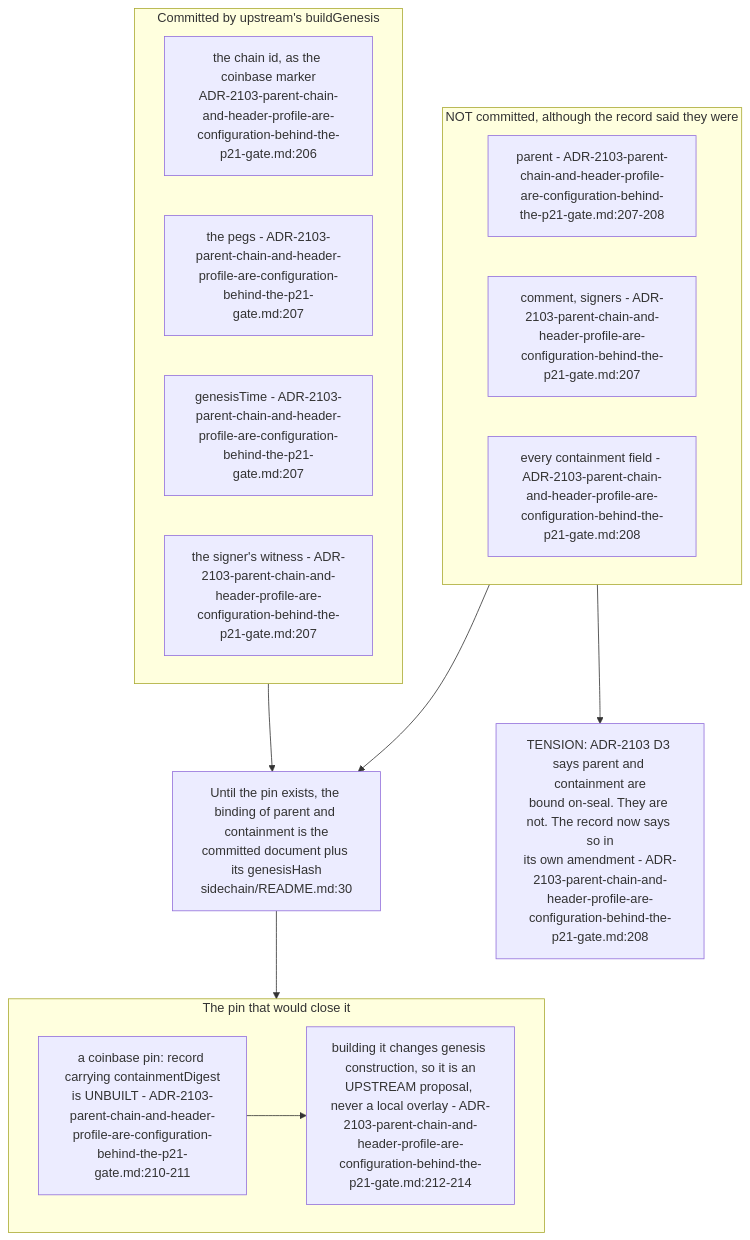
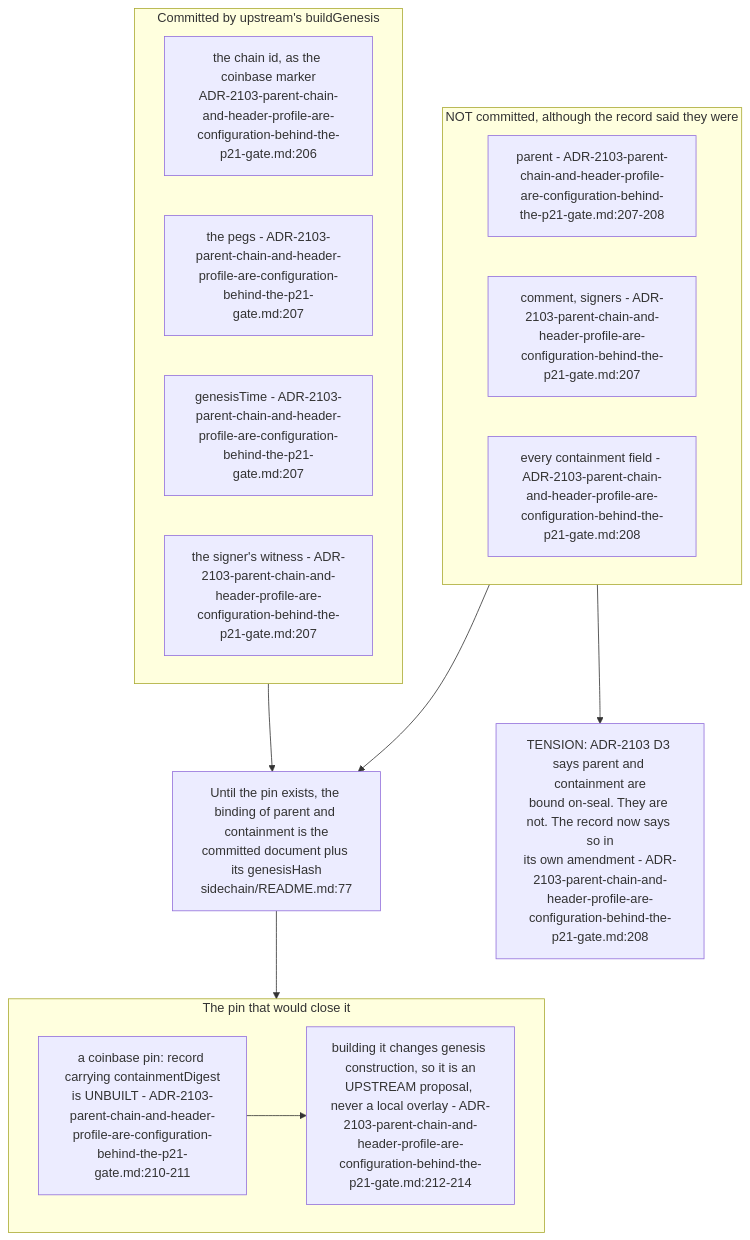
One commit to DreamLab-AI/VisionFlow changed the second of 5 diagrams in docs/diagrams/agentbox/32-sidechain-root-seal.md. Above: the diagram before and after it, drawn with Mermaid. The commit also changed other lines of this file and 111 other files, not shown here.

Commit message:
docs(diagrams): align estate maps with current source

````diff
--- a/docs/diagrams/agentbox/32-sidechain-root-seal.md
+++ b/docs/diagrams/agentbox/32-sidechain-root-seal.md
@@ -71,23 +74,23 @@
 ```mermaid
 flowchart TB
     subgraph committed["Committed by upstream's buildGenesis"]
         C1["the chain id, as the coinbase marker<br/>ADR-2103-parent-chain-and-header-profile-are-configuration-behind-the-p21-gate.md:206"]
         C2["the pegs - ADR-2103-parent-chain-and-header-profile-are-configuration-behind-the-p21-gate.md:207"]
         C3["genesisTime - ADR-2103-parent-chain-and-header-profile-are-configuration-behind-the-p21-gate.md:207"]
         C4["the signer's witness - ADR-2103-parent-chain-and-header-profile-are-configuration-behind-the-p21-gate.md:207"]
     end
     subgraph notcommitted["NOT committed, although the record said they were"]
         N1["parent - ADR-2103-parent-chain-and-header-profile-are-configuration-behind-the-p21-gate.md:207-208"]
         N2["comment, signers - ADR-2103-parent-chain-and-header-profile-are-configuration-behind-the-p21-gate.md:207"]
         N3["every containment field - ADR-2103-parent-chain-and-header-profile-are-configuration-behind-the-p21-gate.md:208"]
     end
     subgraph pin["The pin that would close it"]
         PIN["a coinbase pin: record carrying containmentDigest<br/>is UNBUILT - ADR-2103-parent-chain-and-header-profile-are-configuration-behind-the-p21-gate.md:210-211"]
         UP["building it changes genesis construction, so it is an<br/>UPSTREAM proposal, never a local overlay - ADR-2103-parent-chain-and-header-profile-are-configuration-behind-the-p21-gate.md:212-214"]
         PIN --> UP
     end
-    committed --> BIND["Until the pin exists, the binding of parent and containment is the<br/>committed document plus its genesisHash<br/>sidechain/README.md:30"]
+    committed --> BIND["Until the pin exists, the binding of parent and containment is the<br/>committed document plus its genesisHash<br/>sidechain/README.md:77"]
     notcommitted --> BIND
     BIND --> pin
     notcommitted --> TEN["TENSION: ADR-2103 D3 says parent and containment are<br/>bound on-seal. They are not. The record now says so in<br/>its own amendment - ADR-2103-parent-chain-and-header-profile-are-configuration-behind-the-p21-gate.md:208"]
 ```
````
